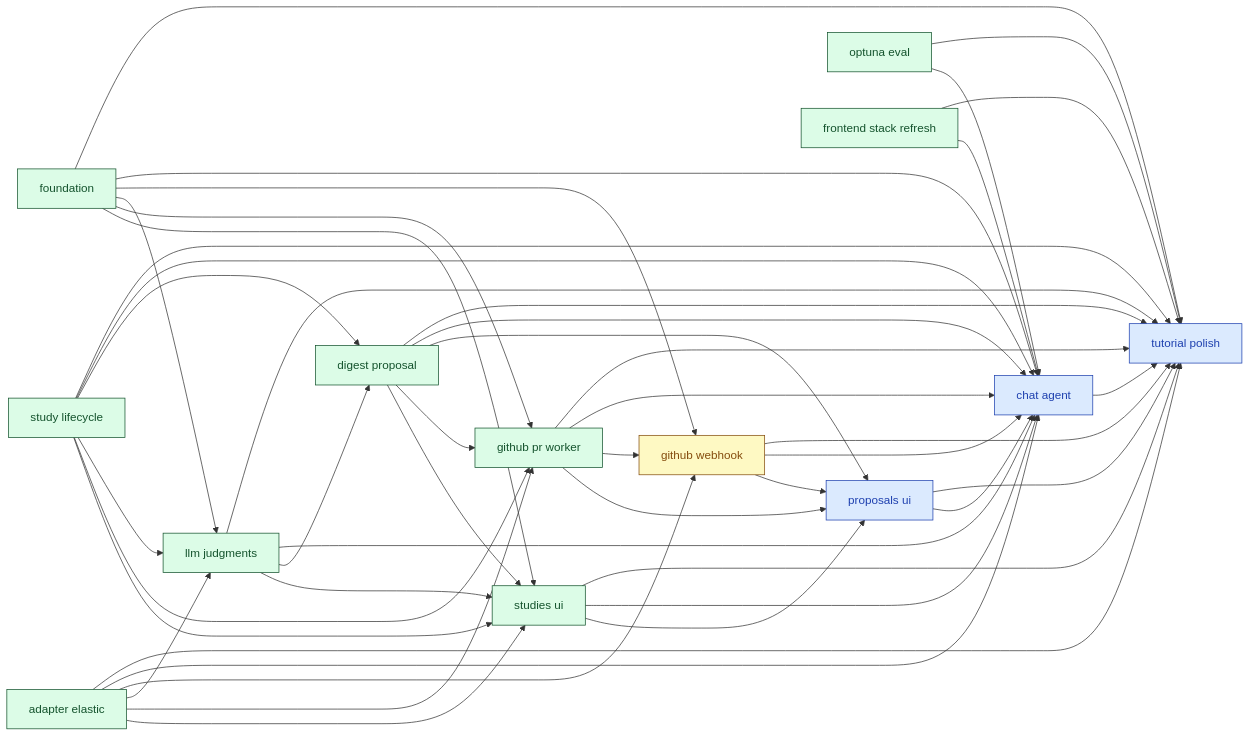
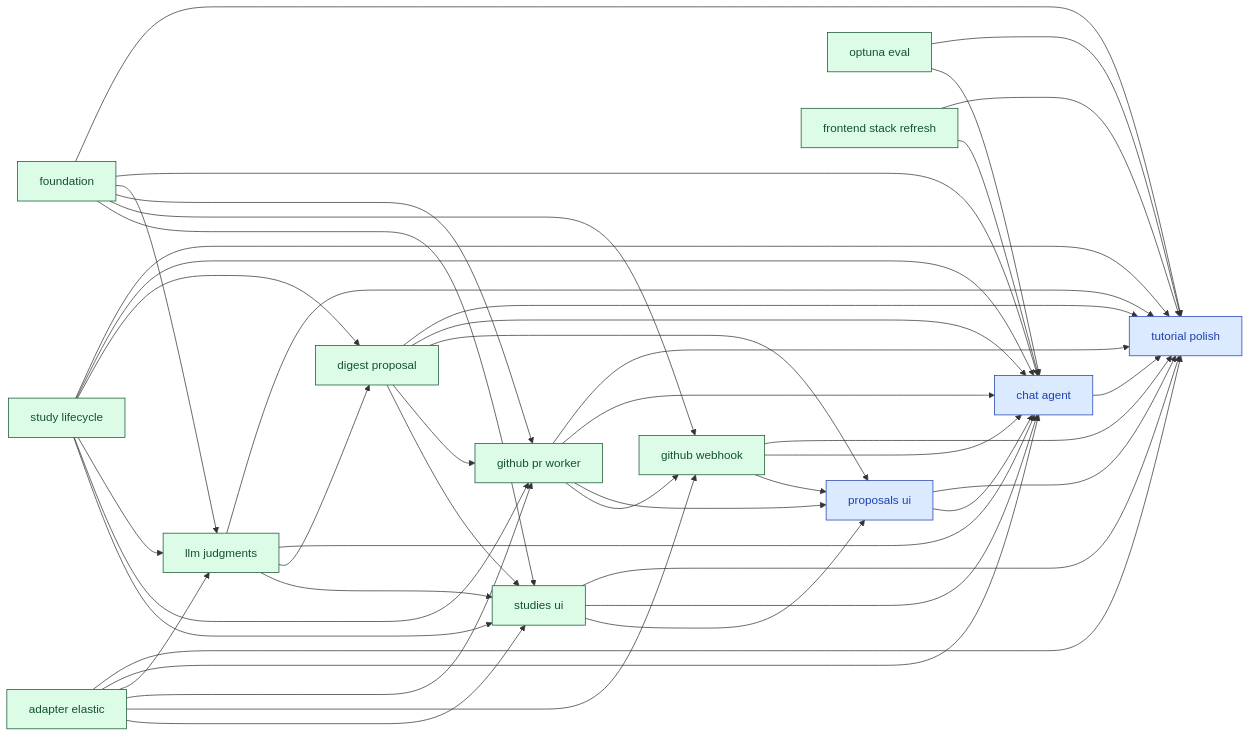
Before and after one commit to SoundMindsAI/relyloop: the diagram in docs/00_overview/MVP1_DASHBOARD.md, drawn with Mermaid. The commit also changed other lines of this file and 6 other files, not shown here.

First line of the commit message:
docs: finalize feat_github_webhook (PR #56) — move to implemented_features (#57)

````diff
--- a/docs/00_overview/MVP1_DASHBOARD.md
+++ b/docs/00_overview/MVP1_DASHBOARD.md
@@ -90,78 +89,78 @@
 ```mermaid
 graph LR
   classDef done fill:#dcfce7,stroke:#14532d,color:#14532d;
   classDef implement fill:#ffedd5,stroke:#9a3412,color:#9a3412;
   classDef plan fill:#fef9c3,stroke:#854d0e,color:#854d0e;
   classDef spec fill:#dbeafe,stroke:#1e40af,color:#1e40af;
   classDef idea fill:#f1f5f9,stroke:#334155,color:#334155;
   chore_tutorial_polish["tutorial polish"]
   class chore_tutorial_polish spec;
   feat_chat_agent["chat agent"]
   class feat_chat_agent spec;
-  feat_github_webhook["github webhook"]
-  class feat_github_webhook plan;
   feat_proposals_ui["proposals ui"]
   class feat_proposals_ui spec;
   infra_foundation["foundation"]
   class infra_foundation done;
   feat_study_lifecycle["study lifecycle"]
   class feat_study_lifecycle done;
   infra_adapter_elastic["adapter elastic"]
   class infra_adapter_elastic done;
   infra_optuna_eval["optuna eval"]
   class infra_optuna_eval done;
   feat_digest_proposal["digest proposal"]
   class feat_digest_proposal done;
   feat_llm_judgments["llm judgments"]
   class feat_llm_judgments done;
   feat_github_pr_worker["github pr worker"]
   class feat_github_pr_worker done;
+  feat_github_webhook["github webhook"]
+  class feat_github_webhook done;
   feat_studies_ui["studies ui"]
   class feat_studies_ui done;
   infra_frontend_stack_refresh["frontend stack refresh"]
   class infra_frontend_stack_refresh done;
   feat_chat_agent --> chore_tutorial_polish
   feat_digest_proposal --> chore_tutorial_polish
   feat_github_pr_worker --> chore_tutorial_polish
   feat_github_webhook --> chore_tutorial_polish
   feat_llm_judgments --> chore_tutorial_polish
   feat_proposals_ui --> chore_tutorial_polish
   feat_studies_ui --> chore_tutorial_polish
   feat_study_lifecycle --> chore_tutorial_polish
   infra_adapter_elastic --> chore_tutorial_polish
   infra_foundation --> chore_tutorial_polish
   infra_frontend_stack_refresh --> chore_tutorial_polish
   infra_optuna_eval --> chore_tutorial_polish
   feat_digest_proposal --> feat_chat_agent
   feat_github_pr_worker --> feat_chat_agent
   feat_github_webhook --> feat_chat_agent
   feat_llm_judgments --> feat_chat_agent
   feat_proposals_ui --> feat_chat_agent
   feat_studies_ui --> feat_chat_agent
   feat_study_lifecycle --> feat_chat_agent
   infra_adapter_elastic --> feat_chat_agent
   infra_foundation --> feat_chat_agent
   infra_frontend_stack_refresh --> feat_chat_agent
   infra_optuna_eval --> feat_chat_agent
-  infra_foundation --> feat_github_webhook
-  infra_adapter_elastic --> feat_github_webhook
-  feat_github_pr_worker --> feat_github_webhook
   feat_studies_ui --> feat_proposals_ui
   feat_digest_proposal --> feat_proposals_ui
   feat_github_pr_worker --> feat_proposals_ui
   feat_github_webhook --> feat_proposals_ui
   feat_study_lifecycle --> feat_digest_proposal
   feat_llm_judgments --> feat_digest_proposal
   infra_foundation --> feat_llm_judgments
   infra_adapter_elastic --> feat_llm_judgments
   feat_study_lifecycle --> feat_llm_judgments
   infra_foundation --> feat_github_pr_worker
   infra_adapter_elastic --> feat_github_pr_worker
   feat_study_lifecycle --> feat_github_pr_worker
   feat_digest_proposal --> feat_github_pr_worker
+  infra_foundation --> feat_github_webhook
+  infra_adapter_elastic --> feat_github_webhook
+  feat_github_pr_worker --> feat_github_webhook
   infra_foundation --> feat_studies_ui
   feat_study_lifecycle --> feat_studies_ui
   feat_digest_proposal --> feat_studies_ui
   feat_llm_judgments --> feat_studies_ui
   infra_adapter_elastic --> feat_studies_ui
 ```
````
